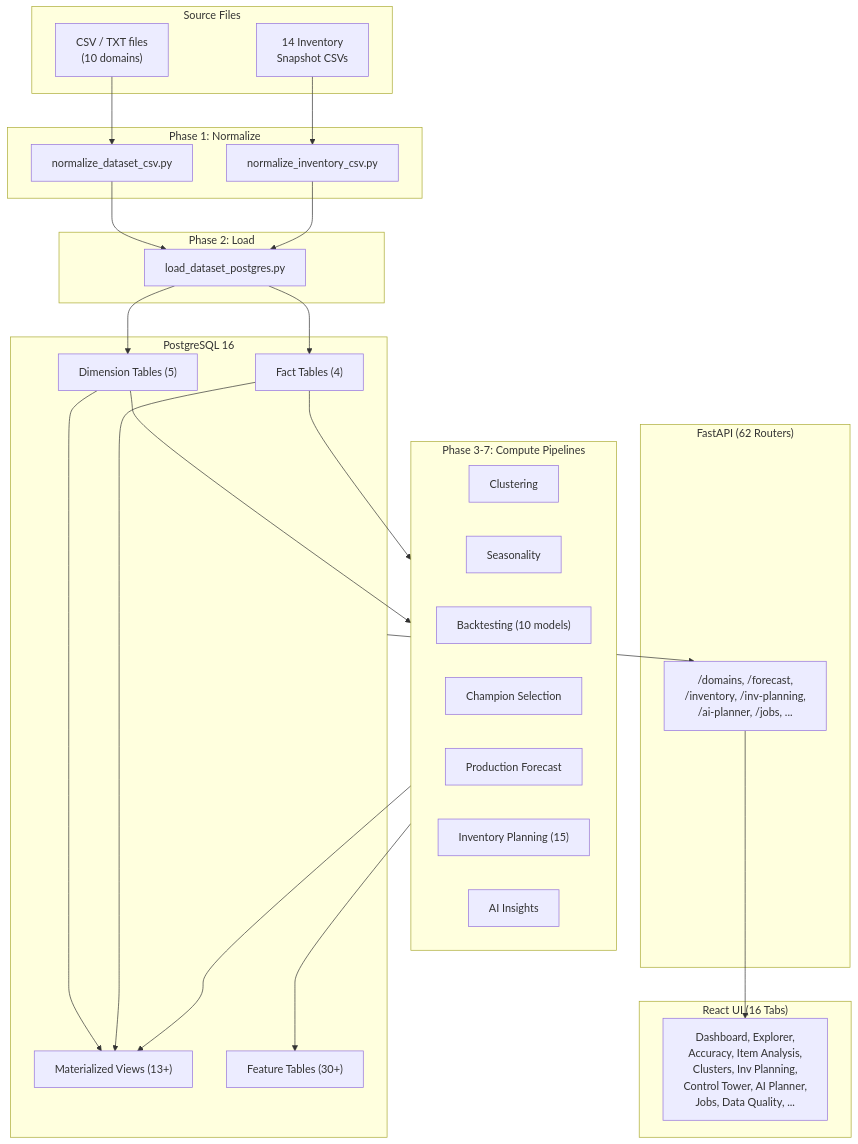
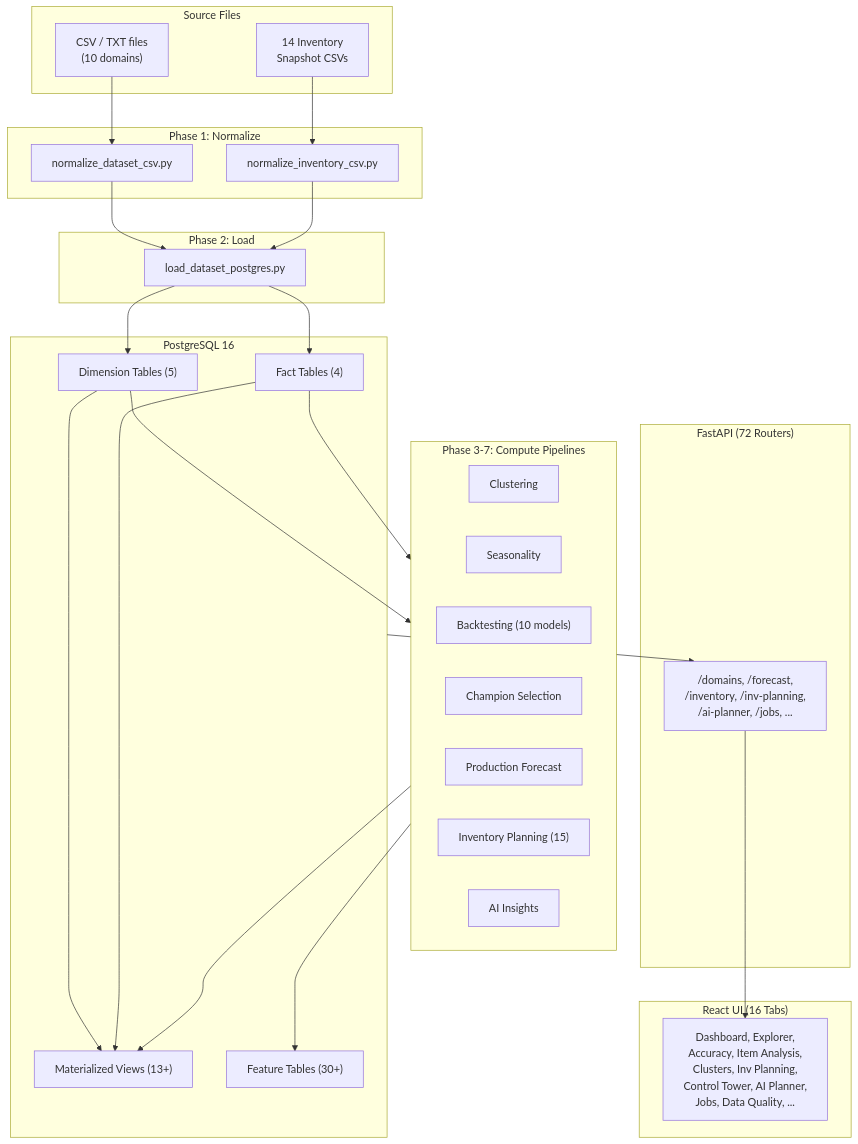
Before and after one commit to chidammano-hash/DemandProject: the first of 4 diagrams in docs/ARCHITECTURE.md, drawn with Mermaid. The commit also changed other lines of this file and 289 other files, not shown here.

````diff
--- a/docs/ARCHITECTURE.md
+++ b/docs/ARCHITECTURE.md
@@ -29,49 +58,49 @@
 ```mermaid
 flowchart TD
     subgraph SRC["Source Files"]
         CSV["CSV / TXT files<br/>(10 domains)"]
         INV["14 Inventory<br/>Snapshot CSVs"]
     end
 
     subgraph NORM["Phase 1: Normalize"]
         N1["normalize_dataset_csv.py"]
         N2["normalize_inventory_csv.py"]
     end
 
     subgraph LOAD["Phase 2: Load"]
         L1["load_dataset_postgres.py"]
     end
 
     subgraph PG["PostgreSQL 16"]
         DIM["Dimension Tables (5)"]
         FACT["Fact Tables (4)"]
         MV["Materialized Views (13+)"]
         FEAT["Feature Tables (30+)"]
     end
 
     subgraph COMPUTE["Phase 3-7: Compute Pipelines"]
         CL["Clustering"]
         SEAS["Seasonality"]
         BT["Backtesting (10 models)"]
         CHAMP["Champion Selection"]
         PROD["Production Forecast"]
         INVP["Inventory Planning (15)"]
         AI["AI Insights"]
     end
 
-    subgraph API["FastAPI (62 Routers)"]
+    subgraph API["FastAPI (72 Routers)"]
         REST["/domains, /forecast,<br/>/inventory, /inv-planning,<br/>/ai-planner, /jobs, ..."]
     end
 
     subgraph UI["React UI (16 Tabs)"]
         TABS["Dashboard, Explorer,<br/>Accuracy, Item Analysis,<br/>Clusters, Inv Planning,<br/>Control Tower, AI Planner,<br/>Jobs, Data Quality, ..."]
     end
 
     CSV --> N1 --> L1
     INV --> N2 --> L1
     L1 --> DIM & FACT
     DIM & FACT --> MV
     DIM & FACT --> COMPUTE
     COMPUTE --> FEAT & MV
     PG --> REST --> TABS
 ```
````
